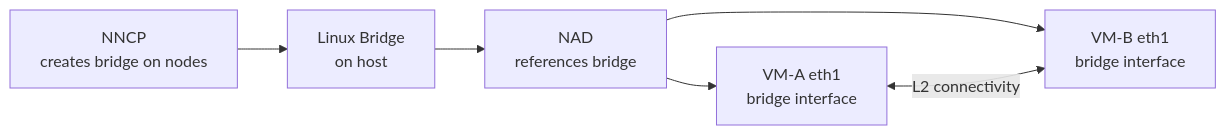
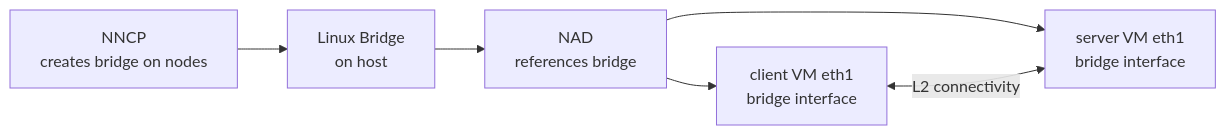
One commit to rnetser/openshift-virtualization-tests changed the second of 4 diagrams in docs/flows/LINUX_BRIDGE.md. Above: the diagram before and after it, drawn with Mermaid. The commit also changed other lines of this file and 6 other files, not shown here.

First line of the commit message:
docs: address review findings in flow diagrams

````diff
--- a/docs/flows/LINUX_BRIDGE.md
+++ b/docs/flows/LINUX_BRIDGE.md
@@ -30,8 +30,8 @@
 ```mermaid
 flowchart LR
     NNCP[NNCP<br>creates bridge on nodes] --> Bridge[Linux Bridge<br>on host]
     Bridge --> NAD[NAD<br>references bridge]
-    NAD --> VM1[VM-A eth1<br>bridge interface]
-    NAD --> VM2[VM-B eth1<br>bridge interface]
+    NAD --> VM1[client VM eth1<br>bridge interface]
+    NAD --> VM2[server VM eth1<br>bridge interface]
     VM1 <--> |L2 connectivity| VM2
 ```
````
